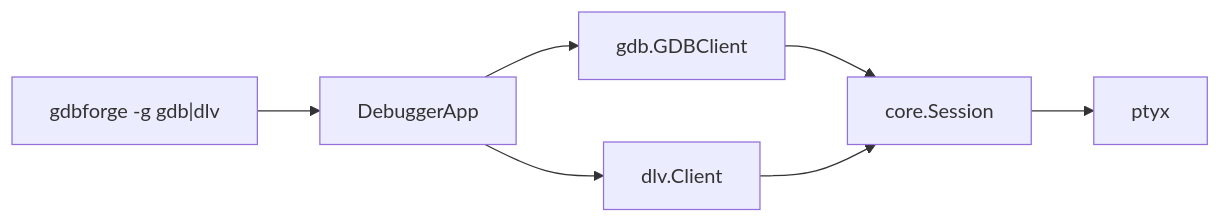
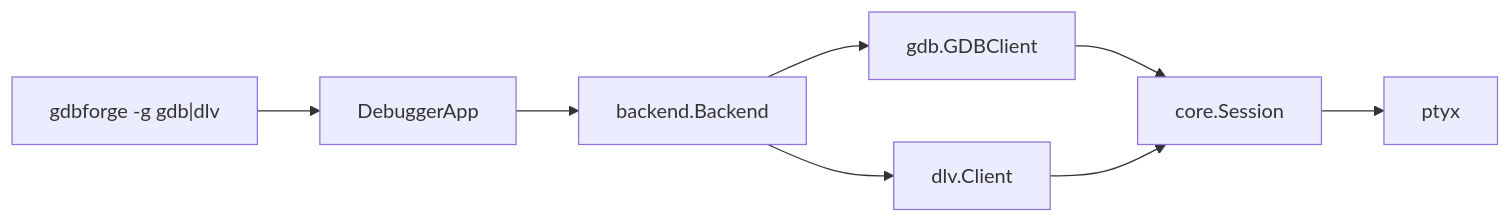
The sixth of 7 diagrams in docs/DEBUGGER_INTEGRATION.md (yairgd/gdbforge), drawn with Mermaid before and after one commit. The commit also changed other lines of this file and 13 other files, not shown here.

````diff
--- a/docs/DEBUGGER_INTEGRATION.md
+++ b/docs/DEBUGGER_INTEGRATION.md
@@ -639,9 +644,10 @@
 ```mermaid
 flowchart LR
   CLI["gdbforge -g gdb|dlv"] --> App["DebuggerApp"]
-  App --> GDB["gdb.GDBClient"]
-  App --> DLV["dlv.Client"]
+  App --> BE["backend.Backend"]
+  BE --> GDB["gdb.GDBClient"]
+  BE --> DLV["dlv.Client"]
   GDB --> Sess["core.Session"]
   DLV --> Sess
   Sess --> PTY["ptyx"]
 ```
````
